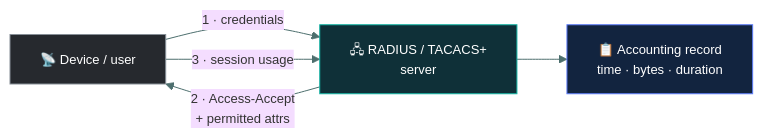
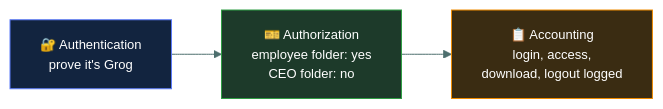
One commit to tarunTejaDesireddy/cc-exam-prep changed the fifth of 5 diagrams in 01-security-principles/authorization-and-accounting/README.md. Above: the diagram before and after it, drawn with Mermaid. The commit also changed other lines of this file and 1 other file, not shown here.

First line of the commit message:
Rewrite authorization-and-accounting with the AAA caveman walkthrough

````diff
--- a/01-security-principles/authorization-and-accounting/README.md
+++ b/01-security-principles/authorization-and-accounting/README.md
@@ -161,12 +249,10 @@
 ```mermaid
-%%{init: {'theme':'base','themeVariables':{'fontSize':'13px','lineColor':'#4d6f6e','textColor':'#dbe7e6'}}}%%
+%%{init: {'theme':'base','themeVariables':{'fontFamily':'Segoe UI, Helvetica Neue, Arial, sans-serif','fontSize':'13px','lineColor':'#4d6f6e','textColor':'#dbe7e6'}}}%%
 flowchart LR
-    D["📡 Device / user"] -->|"1 · credentials"| R["🖧 RADIUS / TACACS+<br/>server"]
-    R -->|"2 · Access-Accept<br/>+ permitted attrs"| D
-    D -->|"3 · session usage"| R
-    R --> LOG["📋 Accounting record<br/>time · bytes · duration"]
+    S1["🔐 Authentication<br/>prove it's Grog"] --> S2["🎫 Authorization<br/>employee folder: yes<br/>CEO folder: no"]
+    S2 --> S3["📋 Accounting<br/>login, access,<br/>download, logout logged"]
 
-    style D fill:#26292e,stroke:#868E96,color:#fff
-    style R fill:#0f3038,stroke:#12B5A5,color:#fff
-    style LOG fill:#12243f,stroke:#5C7CFA,color:#fff
+    style S1 fill:#12243f,stroke:#5C7CFA,color:#fff
+    style S2 fill:#1d3a2a,stroke:#2F9E44,color:#fff
+    style S3 fill:#3a2c12,stroke:#F08C00,color:#fff
 ```
````
